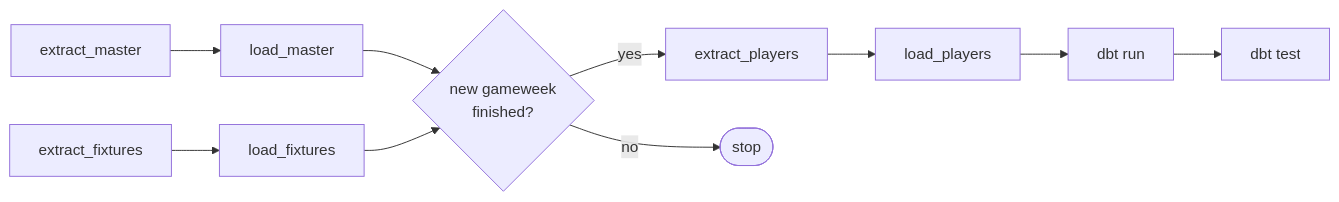
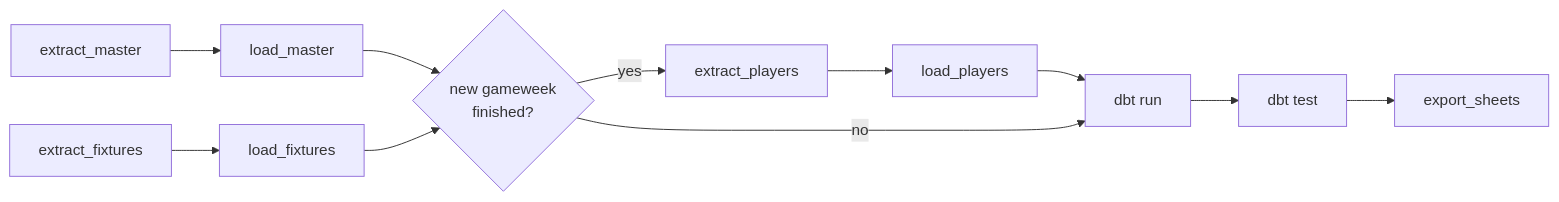
One commit to yutsz1203/fpl-data-pipeline changed the second of 3 diagrams in README.md. Above: the diagram before and after it, drawn with Mermaid. The commit also changed other lines of this file and 12 other files, not shown here.

Commit message:
feat: export to Google Sheets, publish on Tableau Public

````diff
--- a/README.md
+++ b/README.md
@@ -32,9 +37,9 @@
 ```mermaid
 flowchart LR
     em[extract_master] --> lm[load_master]
     ef[extract_fixtures] --> lf[load_fixtures]
     lm --> gate{new gameweek<br/>finished?}
     lf --> gate
-    gate -- yes --> ep[extract_players] --> lp[load_players] --> run[dbt run] --> test[dbt test]
-    gate -- no --> stop([stop])
+    gate -- yes --> ep[extract_players] --> lp[load_players] --> run[dbt run] --> test[dbt test] --> exp[export_sheets]
+    gate -- no --> run
 ```
````
